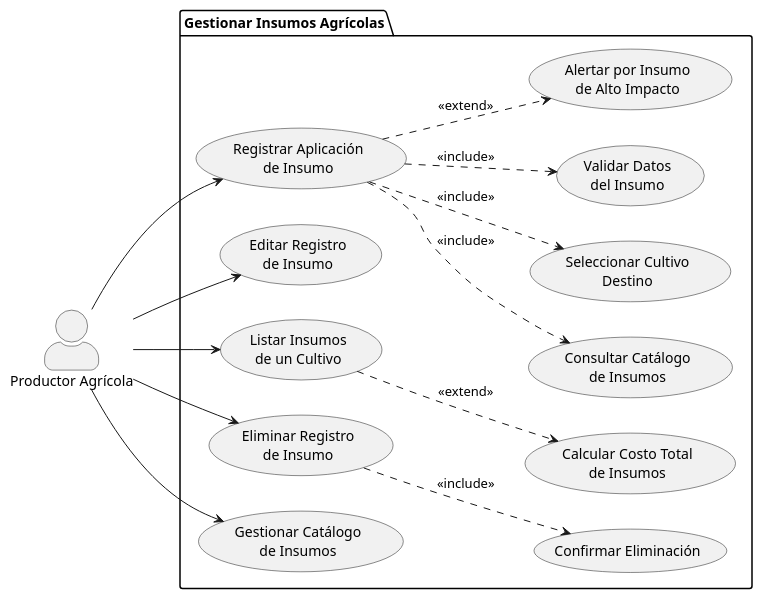
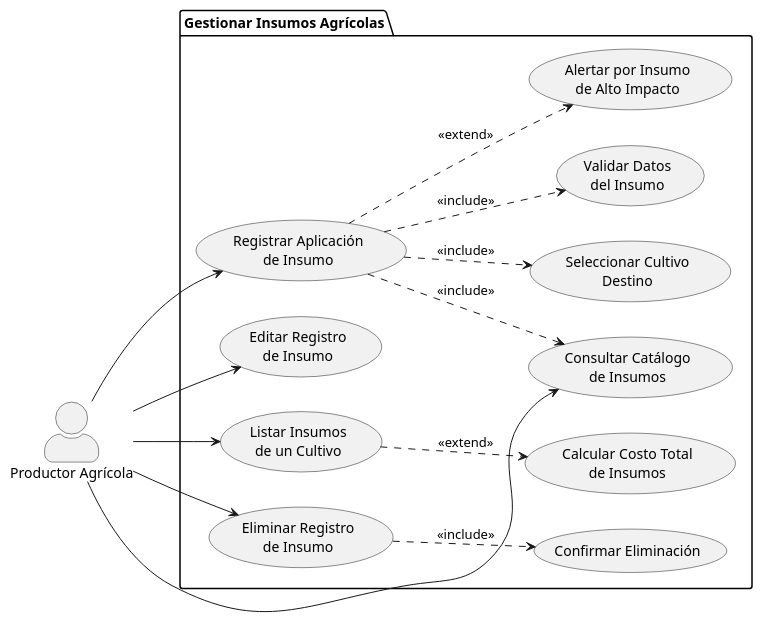
One commit to Moshii-Xz/arquitectura-de-software changed the diagram in 03-Diagramas/04-casos-de-uso-nivel1.puml. Above: the diagram before and after it, drawn with PlantUML. The commit also changed 9 other files, not shown here.

First line of the commit message:
Refactor use case diagrams and update architectural documentation

```diff
--- a/03-Diagramas/04-casos-de-uso-nivel1.puml
+++ b/03-Diagramas/04-casos-de-uso-nivel1.puml
@@ -1,37 +1,36 @@
 @startuml nivel 1 gestionar insumos agricolas
 left to right direction
 
 skinparam actorStyle awesome
 actor "Productor Agrícola" as Productor
 
 package "Gestionar Insumos Agrícolas" {
 
   usecase "Registrar Aplicación\nde Insumo" as UC1
   usecase "Editar Registro\nde Insumo" as UC2
   usecase "Listar Insumos\nde un Cultivo" as UC3
   usecase "Eliminar Registro\nde Insumo" as UC4
-  usecase "Gestionar Catálogo\nde Insumos" as UC5
-  usecase "Consultar Catálogo\nde Insumos" as UC6
-  usecase "Seleccionar Cultivo\nDestino" as UC7
-  usecase "Validar Datos\ndel Insumo" as UC8
-  usecase "Alertar por Insumo\nde Alto Impacto" as UC9
-  usecase "Calcular Costo Total\nde Insumos" as UC10
-  usecase "Confirmar Eliminación" as UC11
+  usecase "Consultar Catálogo\nde Insumos" as UC5
+  usecase "Seleccionar Cultivo\nDestino" as UC6
+  usecase "Validar Datos\ndel Insumo" as UC7
+  usecase "Alertar por Insumo\nde Alto Impacto" as UC8
+  usecase "Calcular Costo Total\nde Insumos" as UC9
+  usecase "Confirmar Eliminación" as UC10
 }
 
 Productor --> UC1
 Productor --> UC2
 Productor --> UC3
 Productor --> UC4
 Productor --> UC5
 
+UC1 ..> UC5 : <<include>>
 UC1 ..> UC6 : <<include>>
 UC1 ..> UC7 : <<include>>
-UC1 ..> UC8 : <<include>>
-UC1 ..> UC9 : <<extend>>
+UC1 ..> UC8 : <<extend>>
 
-UC3 ..> UC10 : <<extend>>
+UC3 ..> UC9 : <<extend>>
 
-UC4 ..> UC11 : <<include>>
+UC4 ..> UC10 : <<include>>
 
 @enduml
```
